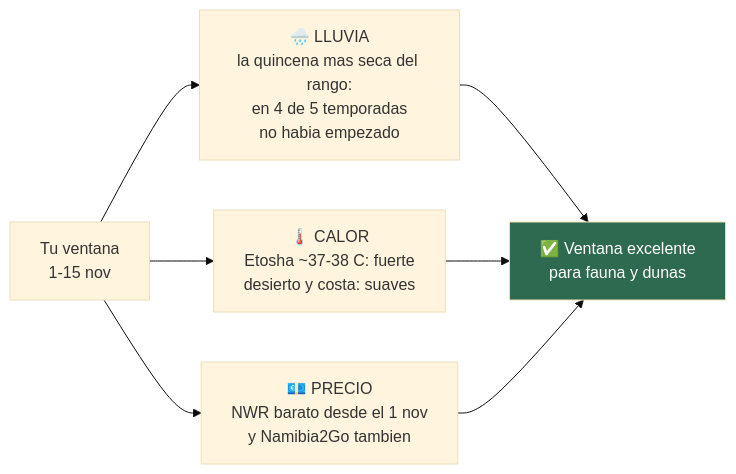
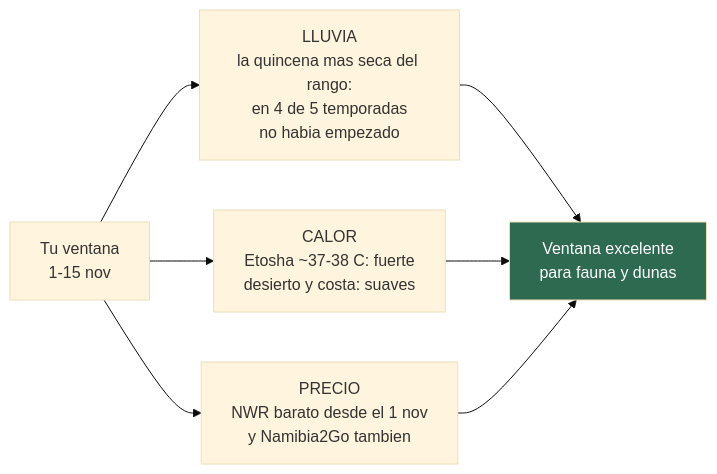
The third of 9 diagrams in README.md (morandeirachema/namibia), drawn with Mermaid (base theme) before and after one commit. The commit also changed other lines of this file and 14 other files, not shown here.

Commit message:
Arreglar el renderizado de los diagramas en GitHub: fuera emojis, negritas y barras ASCII de dentro de los nodos, que descuadraban la medida y recortaban el texto

````diff
--- a/README.md
+++ b/README.md
@@ -164,10 +164,10 @@
 ```mermaid
 flowchart LR
-    A["Tu ventana<br/>1-15 nov"] --> B["🌧️ LLUVIA<br/>la quincena mas seca del rango:<br/>en 4 de 5 temporadas<br/>no habia empezado"]
-    A --> C["🌡️ CALOR<br/>Etosha ~37-38 C: fuerte<br/>desierto y costa: suaves"]
-    A --> D["💶 PRECIO<br/>NWR barato desde el 1 nov<br/>y Namibia2Go tambien"]
-    B --> E["✅ Ventana excelente<br/>para fauna y dunas"]
+    A["Tu ventana<br/>1-15 nov"] --> B["LLUVIA<br/>la quincena mas seca del rango:<br/>en 4 de 5 temporadas<br/>no habia empezado"]
+    A --> C["CALOR<br/>Etosha ~37-38 C: fuerte<br/>desierto y costa: suaves"]
+    A --> D["PRECIO<br/>NWR barato desde el 1 nov<br/>y Namibia2Go tambien"]
+    B --> E["Ventana excelente<br/>para fauna y dunas"]
     C --> E
     D --> E
     style E fill:#2d6a4f,color:#fff
 ```
````
